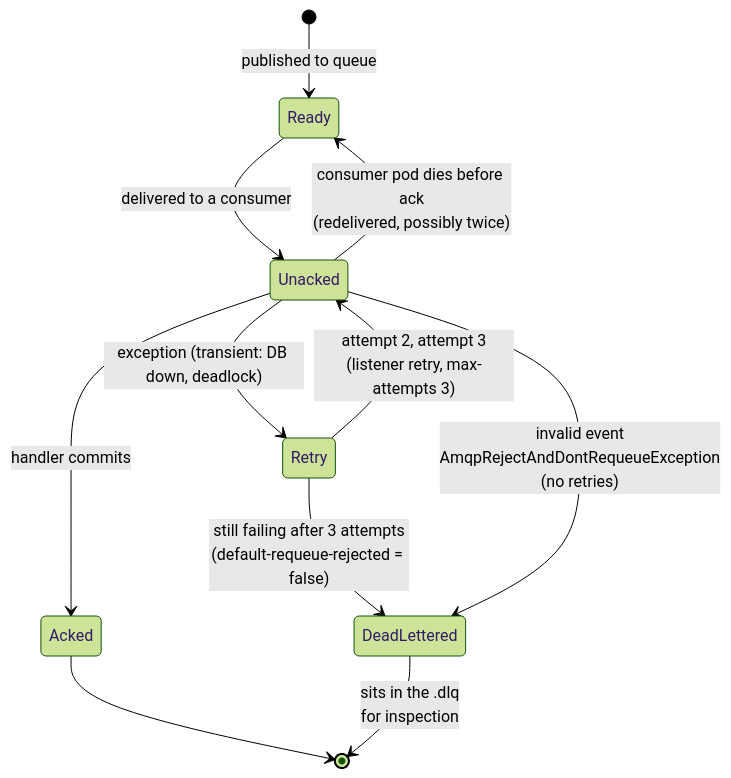
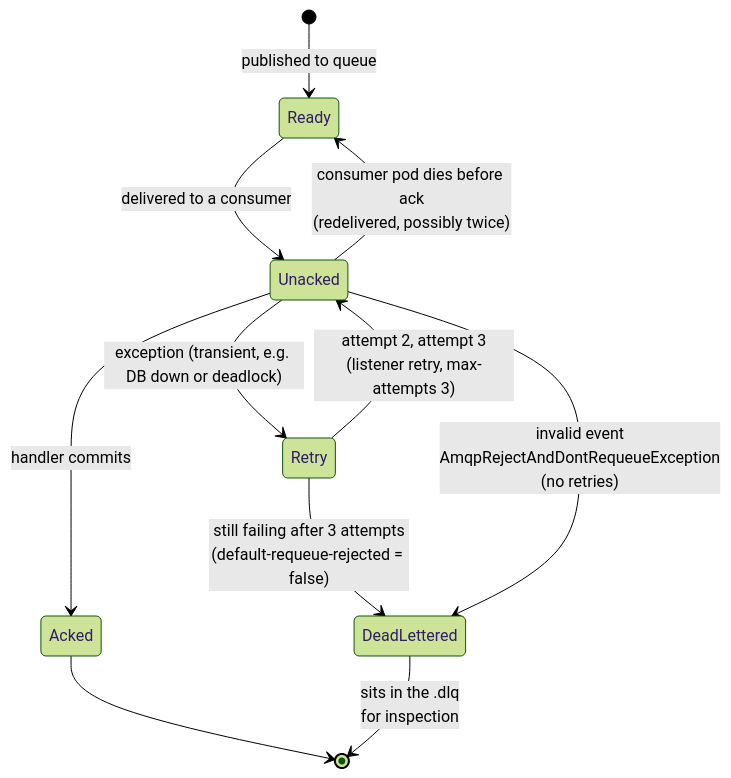
The ninth of 24 diagrams in docs/diagrams.md (UchihaIthachi/EMS), drawn with Mermaid (forest theme) before and after one commit. The commit also changed 7 other files, not shown here.

Commit message:
Atlas web page: generator from docs/diagrams.md, index, expand, simulators; GitHub Pages workflow

````diff
--- a/docs/diagrams.md
+++ b/docs/diagrams.md
@@ -255,13 +255,13 @@
 ```mermaid
 stateDiagram-v2
   [*] --> Ready: published to queue
   Ready --> Unacked: delivered to a consumer
   Unacked --> Acked: handler commits
   Acked --> [*]
-  Unacked --> Retry: exception (transient: DB down, deadlock)
+  Unacked --> Retry: exception (transient, e.g. DB down or deadlock)
   Retry --> Unacked: attempt 2, attempt 3<br/>(listener retry, max-attempts 3)
   Retry --> DeadLettered: still failing after 3 attempts<br/>(default-requeue-rejected = false)
   Unacked --> DeadLettered: invalid event<br/>AmqpRejectAndDontRequeueException<br/>(no retries)
   Unacked --> Ready: consumer pod dies before ack<br/>(redelivered, possibly twice)
   DeadLettered --> [*]: sits in the .dlq<br/>for inspection
 ```
````
